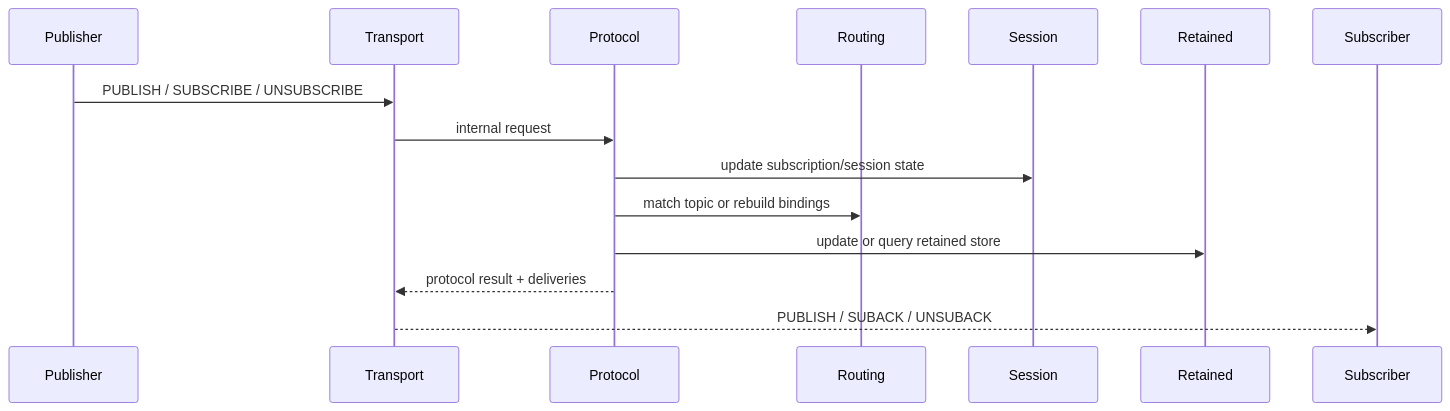
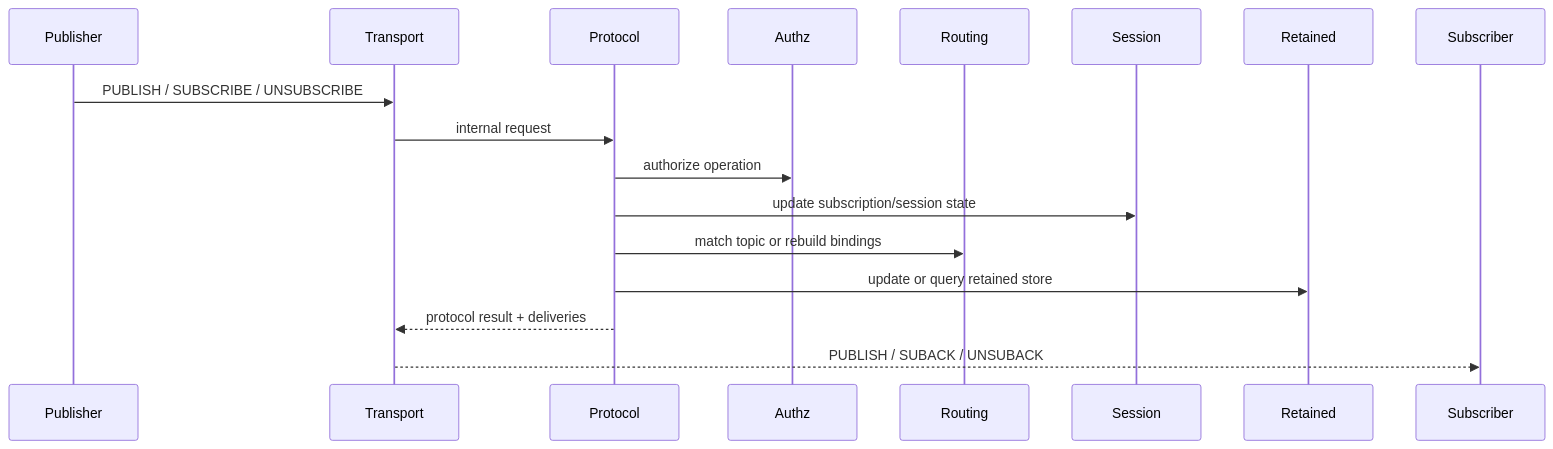
The diagram in docs/02-system/message-delivery.md (vxmqmqtt/vxmq), drawn with Mermaid before and after one commit. The commit also changed other lines of this file and 54 other files, not shown here.

Commit message:
feat: implement client authentication & authorization architecture

````diff
--- a/docs/02-system/message-delivery.md
+++ b/docs/02-system/message-delivery.md
@@ -16,18 +16,20 @@
 ```mermaid
 sequenceDiagram
     participant Client as Publisher
     participant Transport
     participant Protocol
+    participant Authz
     participant Routing
     participant Session
     participant Retained
     participant Subscriber as Subscriber
 
     Client->>Transport: PUBLISH / SUBSCRIBE / UNSUBSCRIBE
     Transport->>Protocol: internal request
+    Protocol->>Authz: authorize operation
     Protocol->>Session: update subscription/session state
     Protocol->>Routing: match topic or rebuild bindings
     Protocol->>Retained: update or query retained store
     Protocol-->>Transport: protocol result + deliveries
     Transport-->>Subscriber: PUBLISH / SUBACK / UNSUBACK
 ```
````
